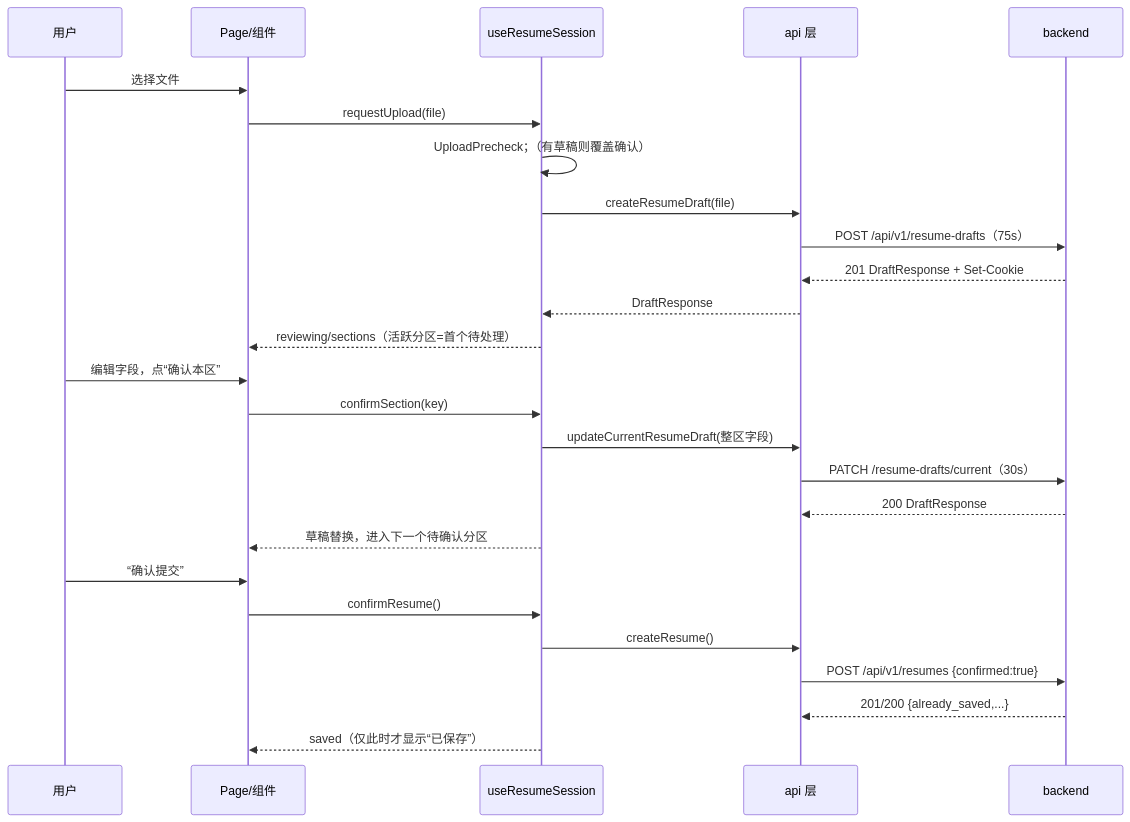
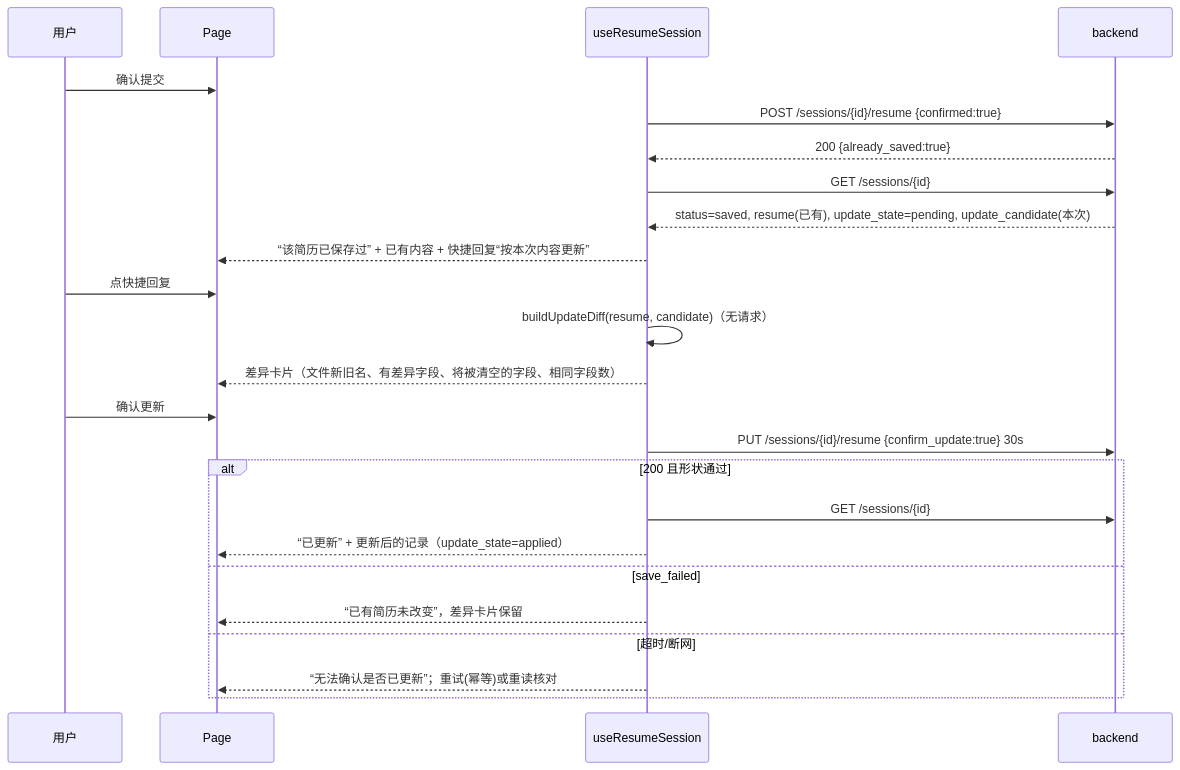
One commit to Bohamnan/Loopforge-use-demo changed the fifth of 5 diagrams in frontend-docs/HR_PR-1/04_design/design.md. Above: the diagram before and after it, drawn with Mermaid. The commit also changed other lines of this file and 2 other files, not shown here.

````diff
--- a/frontend-docs/HR_PR-1/04_design/design.md
+++ b/frontend-docs/HR_PR-1/04_design/design.md
@@ -380,28 +530,26 @@
 ```mermaid
 sequenceDiagram
     participant U as 用户
-    participant P as Page/组件
+    participant P as Page
     participant H as useResumeSession
-    participant A as api 层
     participant B as backend
-    U->>P: 选择文件
-    P->>H: requestUpload(file)
-    H->>H: UploadPrecheck；（有草稿则覆盖确认）
-    H->>A: createResumeDraft(file)
-    A->>B: POST /api/v1/resume-drafts（75s）
-    B-->>A: 201 DraftResponse + Set-Cookie
-    A-->>H: DraftResponse
-    H-->>P: reviewing/sections（活跃分区=首个待处理）
-    U->>P: 编辑字段，点“确认本区”
-    P->>H: confirmSection(key)
-    H->>A: updateCurrentResumeDraft(整区字段)
-    A->>B: PATCH /resume-drafts/current（30s）
-    B-->>A: 200 DraftResponse
-    H-->>P: 草稿替换，进入下一个待确认分区
-    U->>P: “确认提交”
-    P->>H: confirmResume()
-    H->>A: createResume()
-    A->>B: POST /api/v1/resumes {confirmed:true}
-    B-->>A: 201/200 {already_saved,...}
-    H-->>P: saved（仅此时才显示“已保存”）
+    U->>P: 确认提交
+    H->>B: POST /sessions/{id}/resume {confirmed:true}
+    B-->>H: 200 {already_saved:true}
+    H->>B: GET /sessions/{id}
+    B-->>H: status=saved, resume(已有), update_state=pending, update_candidate(本次)
+    H-->>P: “该简历已保存过” + 已有内容 + 快捷回复“按本次内容更新”
+    U->>P: 点快捷回复
+    H->>H: buildUpdateDiff(resume, candidate)（无请求）
+    H-->>P: 差异卡片（文件新旧名、有差异字段、将被清空的字段、相同字段数）
+    U->>P: 确认更新
+    H->>B: PUT /sessions/{id}/resume {confirm_update:true}  30s
+    alt 200 且形状通过
+        H->>B: GET /sessions/{id}
+        H-->>P: “已更新” + 更新后的记录（update_state=applied）
+    else save_failed
+        H-->>P: “已有简历未改变”，差异卡片保留
+    else 超时/断网
+        H-->>P: “无法确认是否已更新”；重试(幂等)或重读核对
+    end
 ```
````
